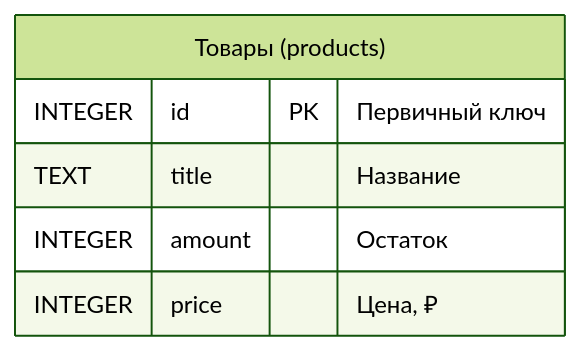
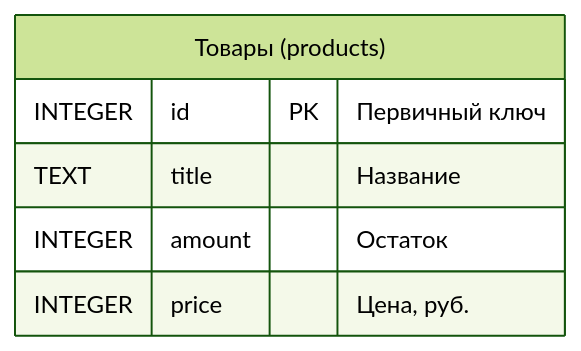
One commit to vshp-online/it.vshp.online changed the diagram in disciplines/it03/lectures/includes/appliance_store_db/appliance_store.mermaid. Above: the diagram before and after it, drawn with Mermaid (forest theme). The commit also changed 5 other files, not shown here.

Commit message:
мелкие фиксы в диаграммах и данных ИТ.03

```diff
--- a/disciplines/it03/lectures/includes/appliance_store_db/appliance_store.mermaid
+++ b/disciplines/it03/lectures/includes/appliance_store_db/appliance_store.mermaid
@@ -1,8 +1,8 @@
 erDiagram
   %% Сущность товарной витрины
   products["Товары (products)"] {
     INTEGER    id PK     "Первичный ключ"
     TEXT       title     "Название"
     INTEGER    amount    "Остаток"
-    INTEGER    price     "Цена, ₽"
+    INTEGER    price     "Цена, руб."
   }
```
